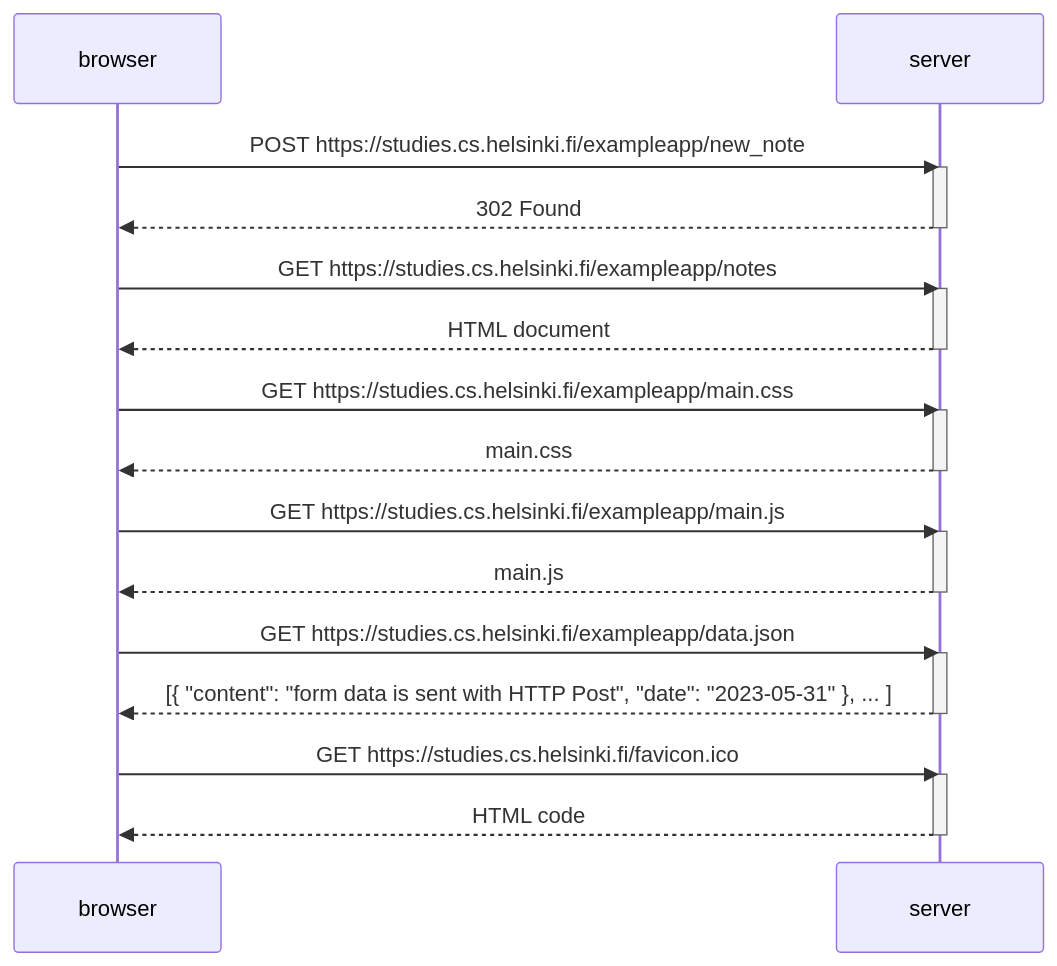
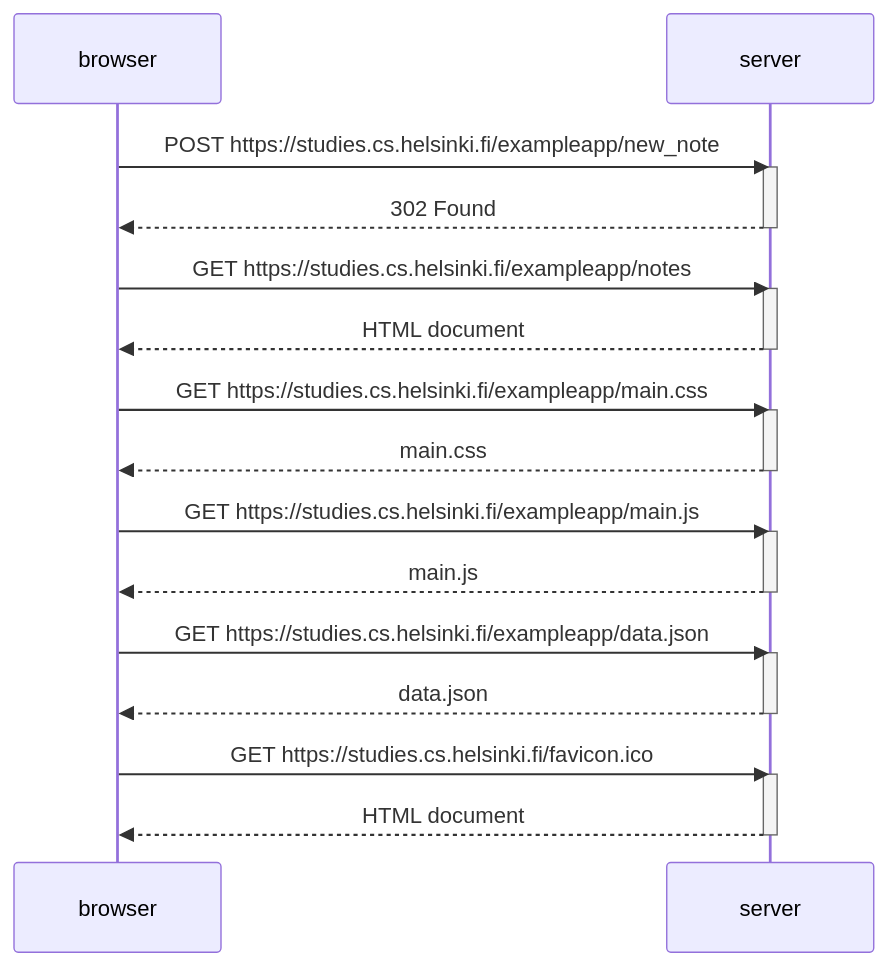
Before and after one commit to joekbullard/helsinki-mooc: the diagram in part0/note.md, drawn with Mermaid.

````diff
--- a/part0/note.md
+++ b/part0/note.md
@@ -1,36 +1,36 @@
 ```mermaid
 sequenceDiagram
     participant browser
     participant server
     
     browser->>server: POST https://studies.cs.helsinki.fi/exampleapp/new_note
     activate server
     server-->>browser: 302 Found
     deactivate server
     
     browser->>server: GET https://studies.cs.helsinki.fi/exampleapp/notes
     activate server
     server-->>browser: HTML document
     deactivate server
     
     browser->>server: GET https://studies.cs.helsinki.fi/exampleapp/main.css
     activate server
     server-->>browser: main.css
     deactivate server
 
     browser->>server: GET https://studies.cs.helsinki.fi/exampleapp/main.js
     activate server
     server-->>browser: main.js
     deactivate server
     
     browser->>server: GET https://studies.cs.helsinki.fi/exampleapp/data.json
     activate server
-    server-->>browser: [{ "content": "form data is sent with HTTP Post", "date": "2023-05-31" }, ... ]
+    server-->>browser: data.json
     deactivate server
     
     browser->>server: GET https://studies.cs.helsinki.fi/favicon.ico
     activate server
-    server-->>browser: HTML code
+    server-->>browser: HTML document
     deactivate server
 
 ```    
````
